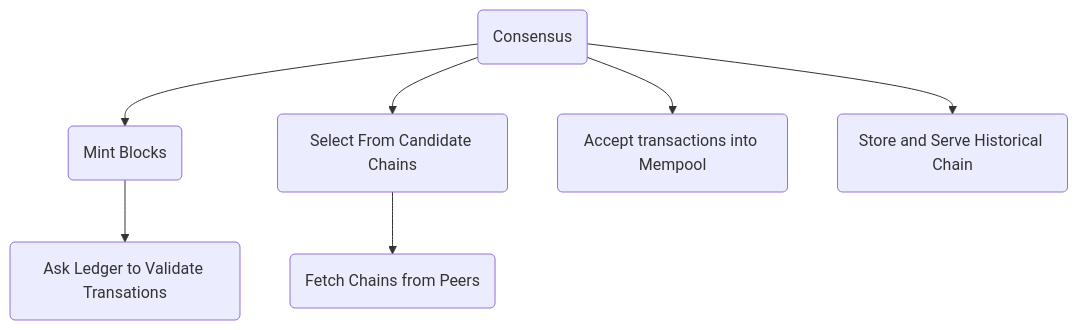
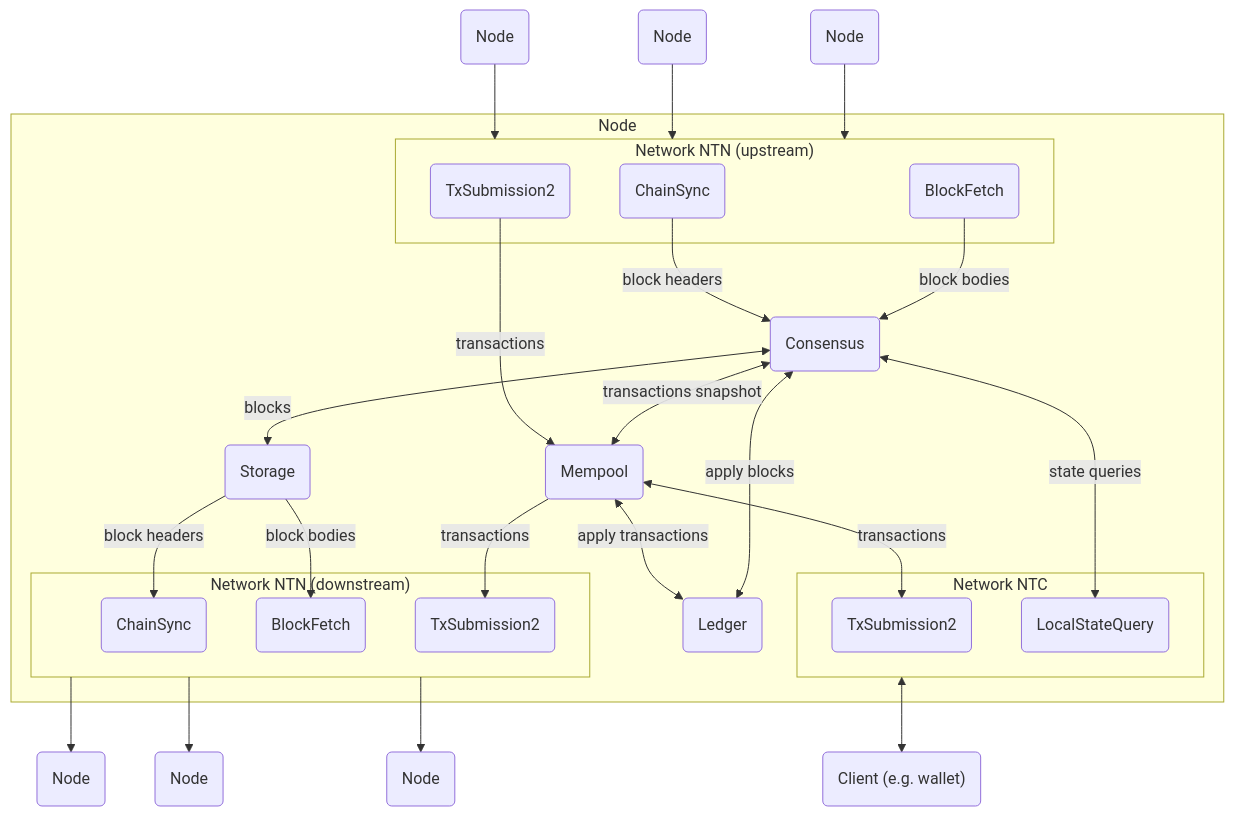
The diagram in src/consensus/README.md (rkuhn/cardano-blueprint), drawn with Mermaid before and after one commit. The commit also changed other lines of this file and 17 other files, not shown here.

````diff
--- a/src/consensus/README.md
+++ b/src/consensus/README.md
@@ -9,12 +20,43 @@
 ```mermaid
 flowchart TD
-    A("Consensus") --> B("Mint Blocks")
-    A("Consensus") --> C("Select From Candidate Chains")
-    A("Consensus") --> D("Accept transactions into Mempool")
-    A("Consensus") --> E("Store and Serve Historical Chain")
+    NN1("Node") --> NTN1
+    NN2("Node") --> NTN1
+    NN3("Node") --> NTN1
 
+    NTN2 --> N6("Node")
+    NTN2 --> N4("Node")
+    NTN2 --> N5("Node")
 
-    B("Mint Blocks") --> B1("Ask Ledger to Validate Transations")
+    NTC <--> CL("Client (e.g. wallet)")
 
-    C("Select From Candidate Chains") --> A1("Fetch Chains from Peers")
+    subgraph "Node";
+      subgraph NTN1 ["Network NTN (upstream)"];
+          M1("ChainSync")
+          M2("BlockFetch")
+          M3("TxSubmission2")
+      end
+      M1 --> |block headers| A("Consensus")
+      M2 --> |block bodies| A("Consensus")
+      subgraph NTN2 ["Network NTN (downstream)"];
+          N1("ChainSync")
+          N2("BlockFetch")
+          N3("TxSubmission2")
+      end
+
+      M3 --> |transactions| G
+      D --> |block headers| N1
+      D --> |block bodies| N2
+      A("Consensus") <--> |blocks| D("Storage")
+      G <--> |apply transactions| C
+      A("Consensus") <--> |apply blocks| C("Ledger")
+      A("Consensus") <-->|transactions snapshot| G("Mempool")
+      G --> |transactions| N3
+      G <--> |transactions| O2
+      A("Consensus") <-->|state queries| O1
+      subgraph NTC [Network NTC];
+          O1("LocalStateQuery")
+          O2("TxSubmission2")
+      end
+
+    end
 ```
````
